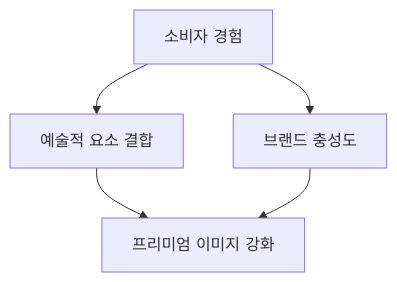
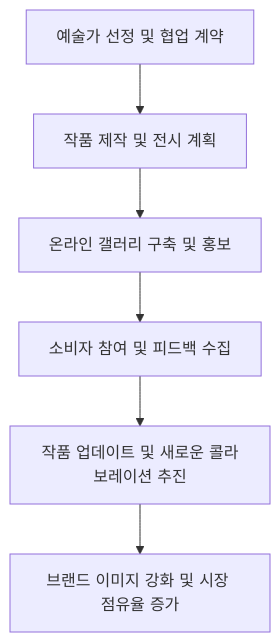
One commit to meandfree23/cd_planner changed the fourth of 4 diagrams in reports/칠아웃_하이엔드_스파_메타포_시뮬레이션.md. Above: the diagram before and after it, drawn with Mermaid. The commit also changed other lines of this file and 3 other files, not shown here.

````diff
--- a/reports/칠아웃_하이엔드_스파_메타포_시뮬레이션.md
+++ b/reports/칠아웃_하이엔드_스파_메타포_시뮬레이션.md
@@ -215,7 +227,8 @@
 ```mermaid
 graph TD;
-    A[소비자 경험] --> B[예술적 요소 결합]
-    A --> C[브랜드 충성도]
-    B --> D[프리미엄 이미지 강화]
-    C --> D
+    A[예술가 선정 및 협업 계약] --> B[작품 제작 및 전시 계획];
+    B --> C[온라인 갤러리 구축 및 홍보];
+    C --> D[소비자 참여 및 피드백 수집];
+    D --> E[작품 업데이트 및 새로운 콜라보레이션 추진];
+    E --> F[브랜드 이미지 강화 및 시장 점유율 증가];
 ```
````
